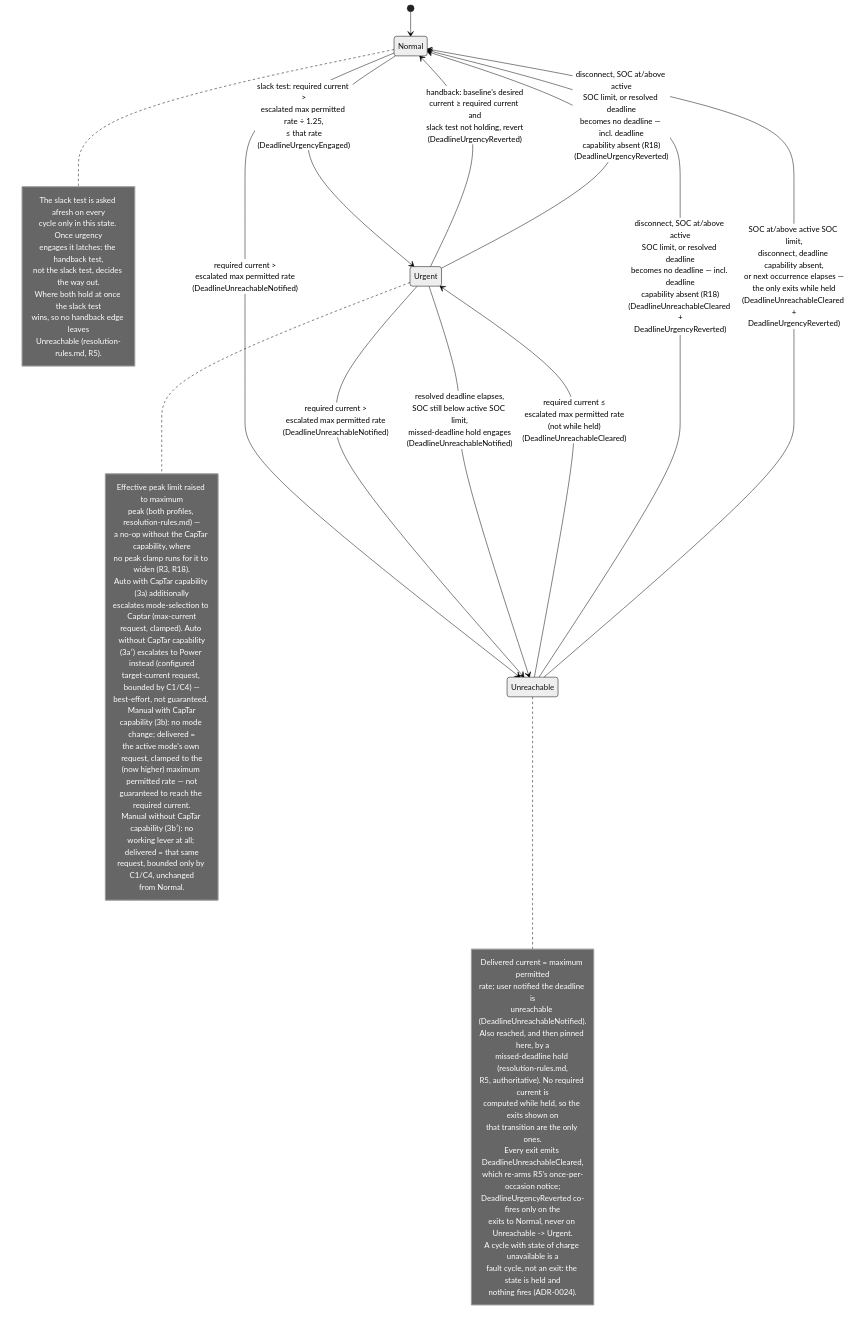
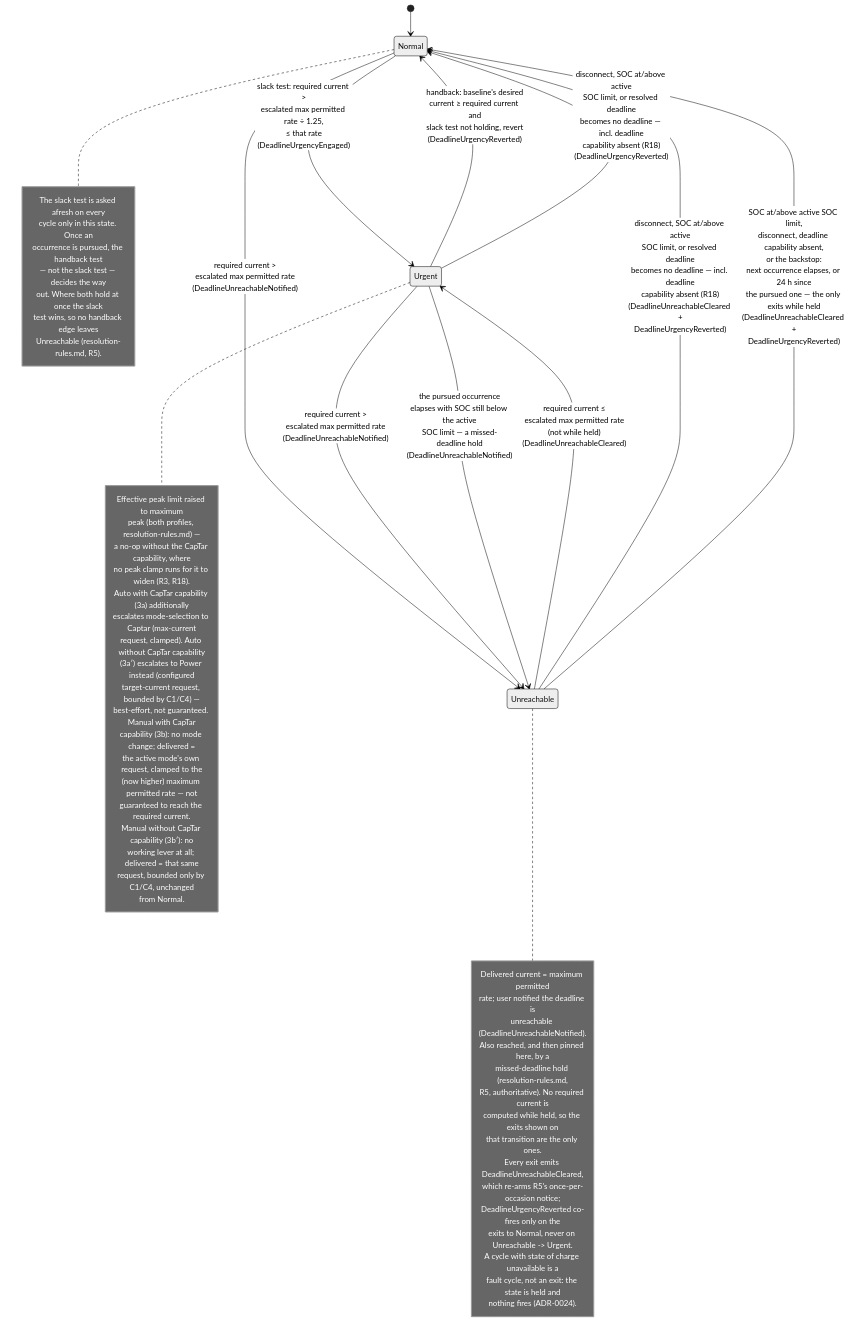
One commit to kristofdegrave/homeassistant-smart-charging changed the diagram in docs/analysis/use-cases/UC05-guarantee-ready-by-departure.md. Above: the diagram before and after it, drawn with Mermaid (neutral theme). The commit also changed other lines of this file and 8 other files, not shown here.

First line of the commit message:
requirement: R5 pursues one occurrence, and its forecast reads a smoothed baseline (#1151)

````diff
--- a/docs/analysis/use-cases/UC05-guarantee-ready-by-departure.md
+++ b/docs/analysis/use-cases/UC05-guarantee-ready-by-departure.md
@@ -111,59 +111,59 @@
 ```mermaid
 stateDiagram-v2
     [*] --> Normal
     Normal --> Urgent: slack test: required current ><br/>escalated max permitted rate ÷ 1.25,<br/>≤ that rate<br/>(DeadlineUrgencyEngaged)
     Normal --> Unreachable: required current ><br/>escalated max permitted rate<br/>(DeadlineUnreachableNotified)
     Urgent --> Normal: handback: baseline's desired<br/>current ≥ required current and<br/>slack test not holding, revert<br/>(DeadlineUrgencyReverted)
     Urgent --> Unreachable: required current ><br/>escalated max permitted rate<br/>(DeadlineUnreachableNotified)
-    Urgent --> Unreachable: resolved deadline elapses,<br/>SOC still below active SOC limit,<br/>missed-deadline hold engages<br/>(DeadlineUnreachableNotified)
+    Urgent --> Unreachable: the pursued occurrence<br/>elapses with SOC still below the active<br/>SOC limit — a missed-deadline hold<br/>(DeadlineUnreachableNotified)
     Urgent --> Normal: disconnect, SOC at/above active<br/>SOC limit, or resolved deadline<br/>becomes no deadline — incl. deadline<br/>capability absent (R18)<br/>(DeadlineUrgencyReverted)
     Unreachable --> Urgent: required current ≤<br/>escalated max permitted rate<br/>(not while held)<br/>(DeadlineUnreachableCleared)
     Unreachable --> Normal: disconnect, SOC at/above active<br/>SOC limit, or resolved deadline<br/>becomes no deadline — incl. deadline<br/>capability absent (R18)<br/>(DeadlineUnreachableCleared +<br/>DeadlineUrgencyReverted)
-    Unreachable --> Normal: SOC at/above active SOC limit,<br/>disconnect, deadline capability absent,<br/>or next occurrence elapses —<br/>the only exits while held<br/>(DeadlineUnreachableCleared +<br/>DeadlineUrgencyReverted)
+    Unreachable --> Normal: SOC at/above active SOC limit,<br/>disconnect, deadline capability absent,<br/>or the backstop:<br/>next occurrence elapses, or 24 h since<br/>the pursued one — the only exits while held<br/>(DeadlineUnreachableCleared +<br/>DeadlineUrgencyReverted)
     note right of Normal
         The slack test is asked afresh on every
-        cycle only in this state. Once urgency
-        engages it latches: the handback test,
-        not the slack test, decides the way out.
-        Where both hold at once the slack test
-        wins, so no handback edge leaves
+        cycle only in this state. Once an
+        occurrence is pursued, the handback test
+        — not the slack test — decides the way
+        out. Where both hold at once the slack
+        test wins, so no handback edge leaves
         Unreachable (resolution-rules.md, R5).
     end note
     note right of Urgent
         Effective peak limit raised to maximum
         peak (both profiles, resolution-rules.md) —
         a no-op without the CapTar capability, where
         no peak clamp runs for it to widen (R3, R18).
         Auto with CapTar capability (3a) additionally
         escalates mode-selection to Captar (max-current
         request, clamped). Auto without CapTar capability
         (3a′) escalates to Power instead (configured
         target-current request, bounded by C1/C4) —
         best-effort, not guaranteed. Manual with CapTar
         capability (3b): no mode change; delivered =
         the active mode's own request, clamped to the
         (now higher) maximum permitted rate — not
         guaranteed to reach the required current.
         Manual without CapTar capability (3b′): no
         working lever at all; delivered = that same
         request, bounded only by C1/C4, unchanged
         from Normal.
     end note
     note right of Unreachable
         Delivered current = maximum permitted
         rate; user notified the deadline is
         unreachable (DeadlineUnreachableNotified).
         Also reached, and then pinned here, by a
         missed-deadline hold (resolution-rules.md,
         R5, authoritative). No required current is
         computed while held, so the exits shown on
         that transition are the only ones.
         Every exit emits DeadlineUnreachableCleared,
         which re-arms R5's once-per-occasion notice;
         DeadlineUrgencyReverted co-fires only on the
         exits to Normal, never on Unreachable -> Urgent.
         A cycle with state of charge unavailable is a
         fault cycle, not an exit: the state is held and
         nothing fires (ADR-0024).
     end note
 ```
````
